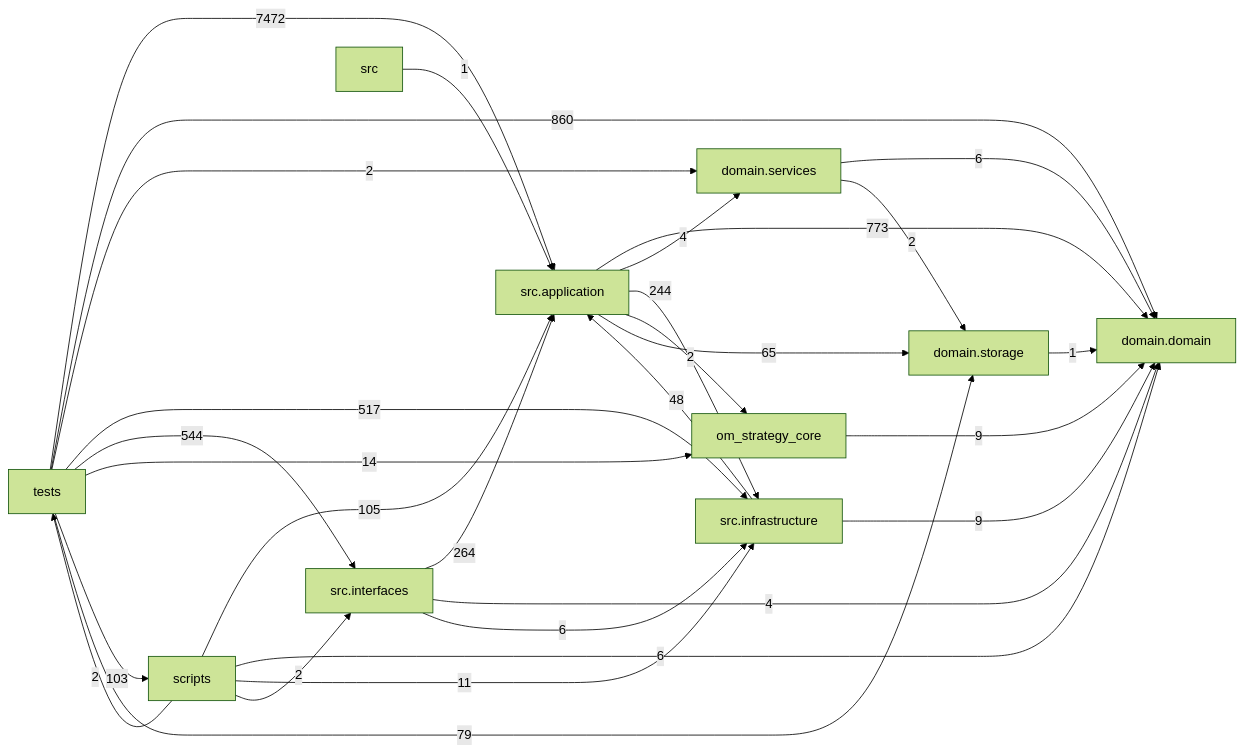
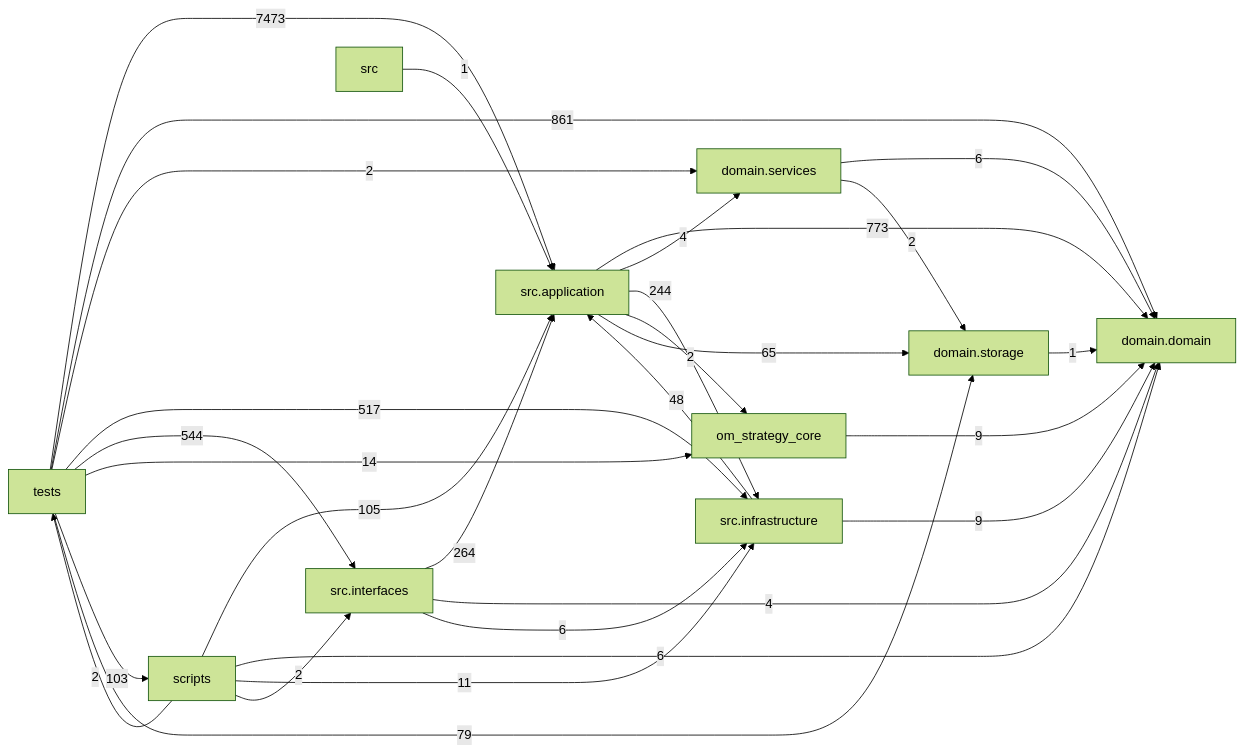
One commit to liuxie066/options-monitor changed the diagram in docs/DEPENDENCY_GRAPH.md. Above: the diagram before and after it, drawn with Mermaid (forest theme). The commit also changed other lines of this file and 5 other files, not shown here.

````diff
--- a/docs/DEPENDENCY_GRAPH.md
+++ b/docs/DEPENDENCY_GRAPH.md
@@ -24,39 +24,39 @@
 ```mermaid
 flowchart LR
   tests["tests"]
   scripts["scripts"]
   interfaces["src.interfaces"]
   application["src.application"]
   infrastructure["src.infrastructure"]
   domain_services["domain.services"]
   domain["domain.domain"]
   storage["domain.storage"]
   application -->|773| domain
   application -->|4| domain_services
   application -->|244| infrastructure
   application -->|2| om_strategy_core
   application -->|65| storage
   domain_services -->|6| domain
   domain_services -->|2| storage
   infrastructure -->|48| application
   infrastructure -->|9| domain
   interfaces -->|264| application
   interfaces -->|4| domain
   interfaces -->|6| infrastructure
   om_strategy_core -->|9| domain
   scripts -->|105| application
   scripts -->|6| domain
   scripts -->|11| infrastructure
   scripts -->|2| interfaces
   scripts -->|2| tests
   src -->|1| application
   storage -->|1| domain
-  tests -->|7472| application
-  tests -->|860| domain
+  tests -->|7473| application
+  tests -->|861| domain
   tests -->|2| domain_services
   tests -->|517| infrastructure
   tests -->|544| interfaces
   tests -->|14| om_strategy_core
   tests -->|103| scripts
   tests -->|79| storage
 ```
````
